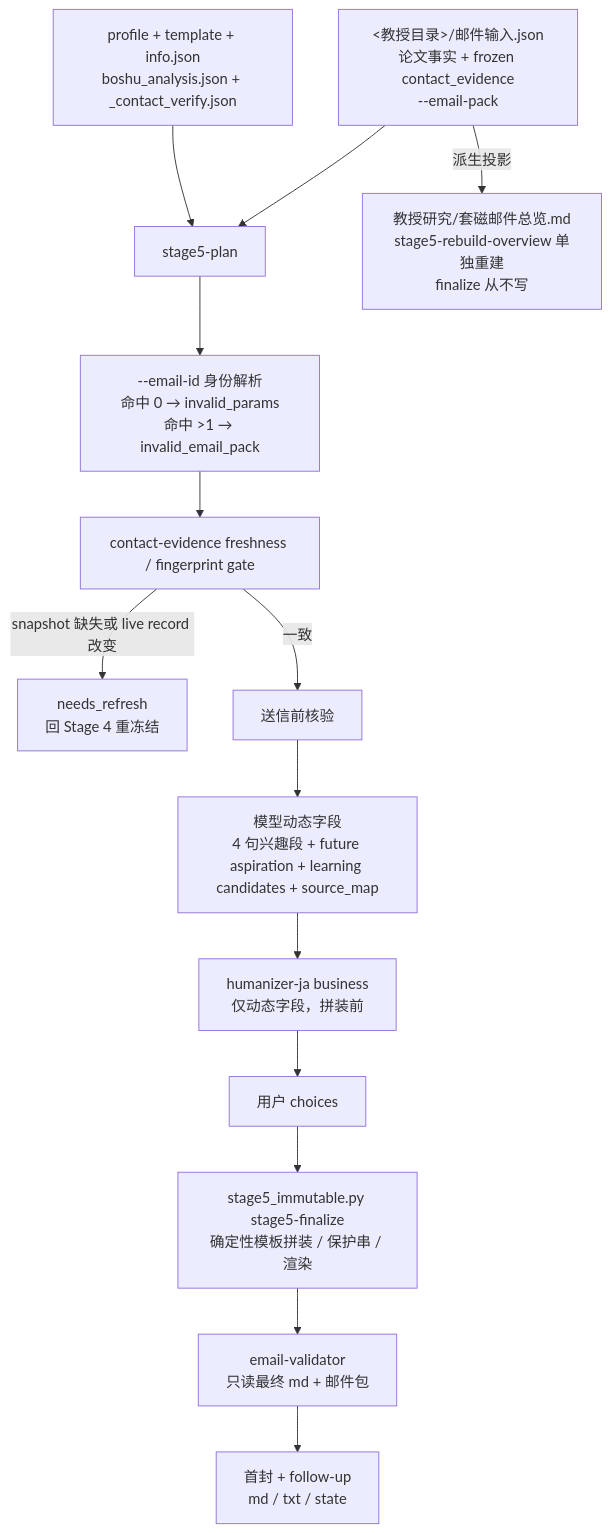
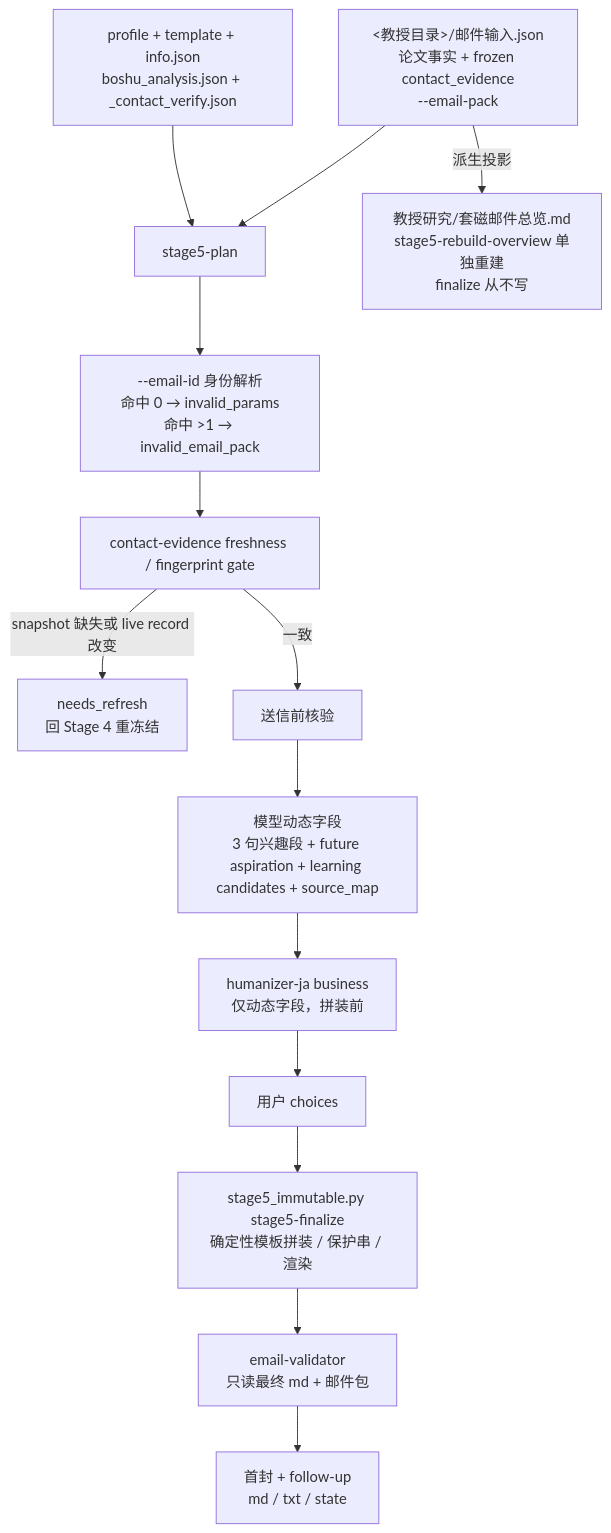
One commit to ScholarWorkflow/professor-contact changed the seventh of 10 diagrams in .apm/skills/professor-contact/docs/workflow-reference.md. Above: the diagram before and after it, drawn with Mermaid. The commit also changed 9 other files, not shown here.

````diff
--- a/.apm/skills/professor-contact/docs/workflow-reference.md
+++ b/.apm/skills/professor-contact/docs/workflow-reference.md
@@ -275,25 +275,25 @@
 ```mermaid
 flowchart TD
     MAIL["<教授目录>/邮件输入.json<br/>论文事实 + frozen contact_evidence<br/>--email-pack"]
     EXTRA["profile + template + info.json<br/>boshu_analysis.json + _contact_verify.json"]
     PLAN["stage5-plan"]
     SCOPE["--email-id 身份解析<br/>命中 0 → invalid_params<br/>命中 >1 → invalid_email_pack"]
     CE["contact-evidence freshness / fingerprint gate"]
     REFRESH["needs_refresh<br/>回 Stage 4 重冻结"]
     VERIFY["送信前核验"]
-    MODEL["模型动态字段<br/>4 句兴趣段 + future aspiration + learning candidates + source_map"]
+    MODEL["模型动态字段<br/>3 句兴趣段 + future aspiration + learning candidates + source_map"]
     HUM["humanizer-ja business<br/>仅动态字段，拼装前"]
     CHOICE["用户 choices"]
     ASM["stage5_immutable.py stage5-finalize<br/>确定性模板拼装 / 保护串 / 渲染"]
     VAL["email-validator<br/>只读最终 md + 邮件包"]
     OUT["首封 + follow-up<br/>md / txt / state"]
     OV["教授研究/套磁邮件总览.md<br/>stage5-rebuild-overview 单独重建<br/>finalize 从不写"]
 
     MAIL --> PLAN
     EXTRA --> PLAN
     MAIL -->|"派生投影"| OV
     PLAN --> SCOPE
     SCOPE --> CE
     CE -->|"snapshot 缺失或 live record 改变"| REFRESH
     CE -->|"一致"| VERIFY --> MODEL --> HUM --> CHOICE --> ASM --> VAL --> OUT
 ```
````
